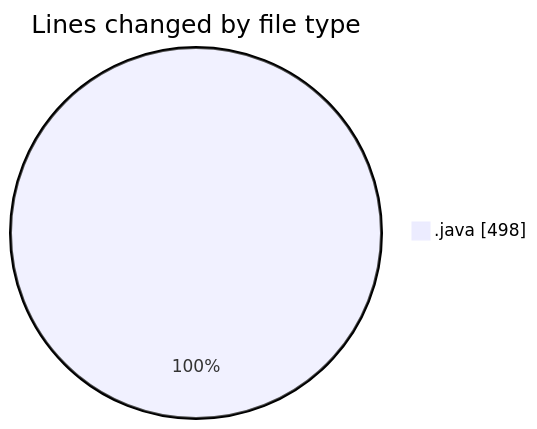
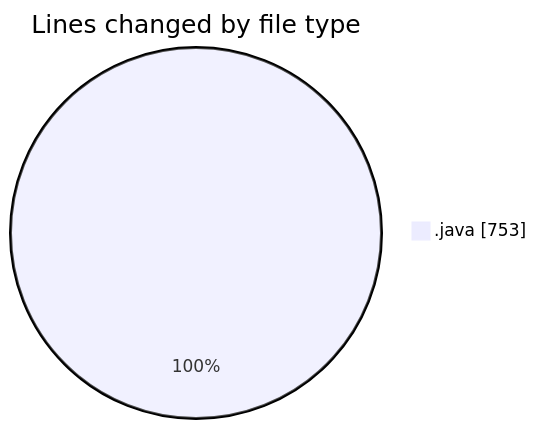
Before and after one commit to Elitesun/code-tracking: the first of 2 diagrams in 2025-02-20/gymmanager/README.md, drawn with Mermaid. The commit also changed other lines of this file and 1 other file, not shown here.

````diff
--- a/2025-02-20/gymmanager/README.md
+++ b/2025-02-20/gymmanager/README.md
@@ -20,5 +21,5 @@
 ```mermaid
 pie showData
 title Lines changed by file type
-".java" : 498
+".java" : 753
 ```
````
